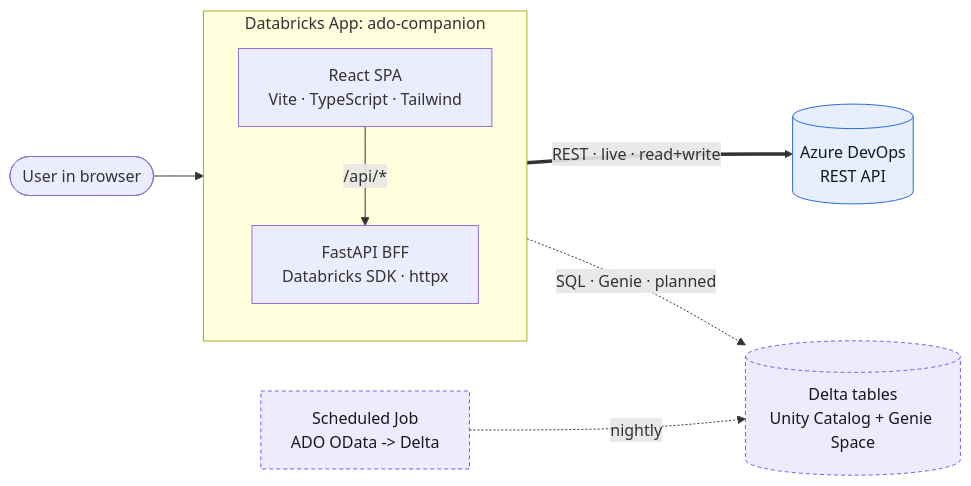
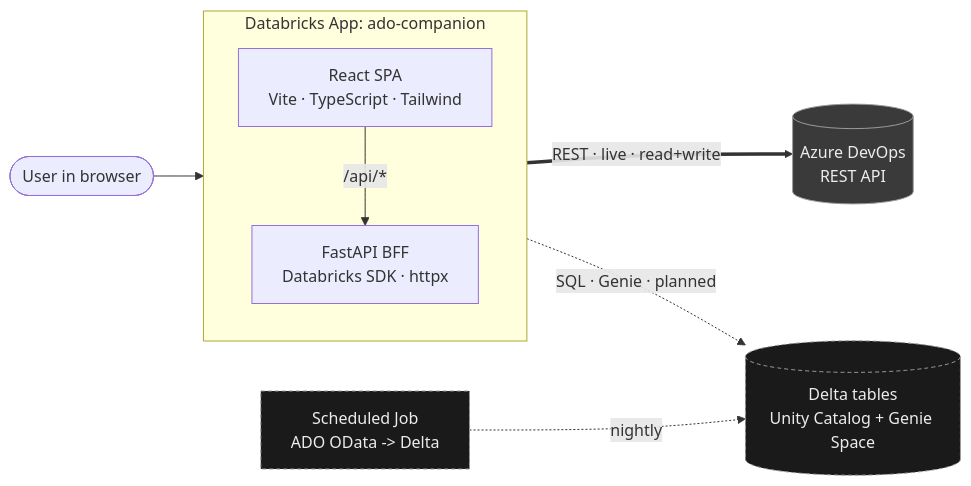
One commit to jpaladini/jpaladini changed the first of 4 diagrams in src/content/blog/building-ado-companion.md. Above: the diagram before and after it, drawn with Mermaid. The commit also changed other lines of this file and 7 other files, not shown here.

First line of the commit message:
Fix diagram error, grey diagram palette, home diagram scroll, service dates

````diff
--- a/src/content/blog/building-ado-companion.md
+++ b/src/content/blog/building-ado-companion.md
@@ -75,20 +75,20 @@
 ```mermaid
 flowchart LR
   U([User in browser]) --> APP
 
   subgraph APP[Databricks App: ado-companion]
     direction TB
     FE[React SPA<br/>Vite · TypeScript · Tailwind]
     BFF[FastAPI BFF<br/>Databricks SDK · httpx]
     FE -- "/api/*" --> BFF
   end
 
   BFF == "REST · live · read+write" ==> ADO[(Azure DevOps<br/>REST API)]
   BFF -. "SQL · Genie · planned" .-> LAKE[(Delta tables<br/>Unity Catalog + Genie Space)]
   JOB[Scheduled Job<br/>ADO OData -> Delta] -. nightly .-> LAKE
 
-  classDef live fill:#E7EEFC,stroke:#2D6CDF,color:#15191E;
-  classDef plan fill:#EFEAFE,stroke:#7A5AF8,color:#15191E,stroke-dasharray:4 3;
+  classDef live fill:#3a3a3a,stroke:#9b9b9b,color:#ececec;
+  classDef plan fill:#1a1a1a,stroke:#9b9b9b,color:#ececec,stroke-dasharray:4 3;
   class ADO live;
   class LAKE,JOB plan;
 ```
````
